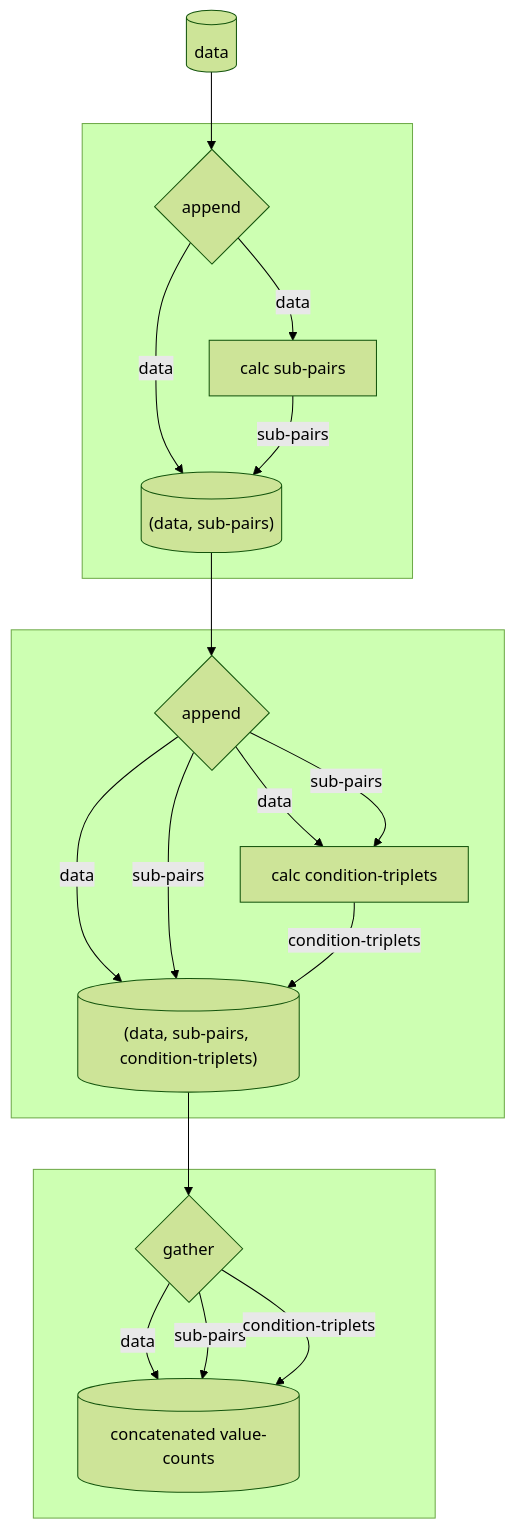
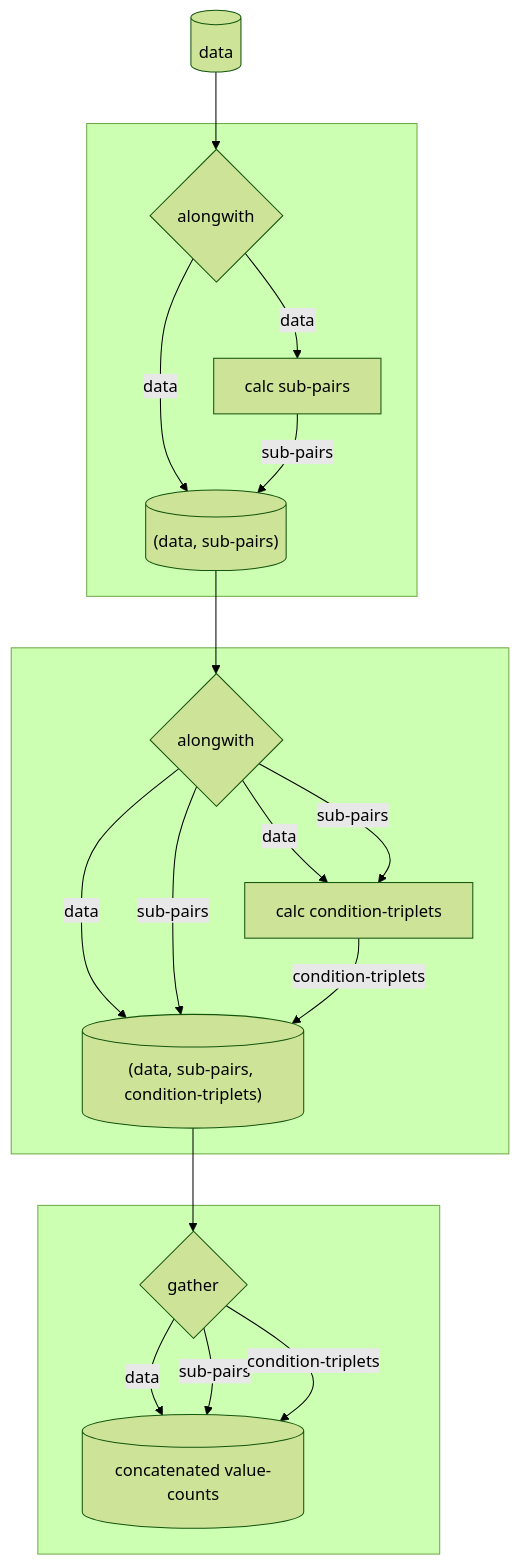
One commit to ejolly/py-utilz changed diagram 11 of 11 in docs/pipes.md. Above: the diagram before and after it, drawn with Mermaid (forest theme). The commit also changed other lines of this file, not shown here.

````diff
--- a/docs/pipes.md
+++ b/docs/pipes.md
@@ -438,21 +445,21 @@
 ```mermaid
 graph TD
-  df[(data)]-->append{append}
+  df[(data)]-->alongwith{alongwith}
   subgraph  
-  append-- data -->df2[("(data, sub-pairs)")]
-  append-- data -->lambda[calc sub-pairs]-- sub-pairs -->df2
+  alongwith-- data -->df2[("(data, sub-pairs)")]
+  alongwith-- data -->lambda[calc sub-pairs]-- sub-pairs -->df2
   end
-  df2 -->append2{append}
+  df2 -->alongwith2{alongwith}
   subgraph  
-  append2-- data -->df3[("(data, sub-pairs, condition-triplets)")]
-  append2-- sub-pairs -->df3
-  append2-- data -->lambda2[calc condition-triplets]-- condition-triplets -->df3
-  append2-- sub-pairs -->lambda2
+  alongwith2-- data -->df3[("(data, sub-pairs, condition-triplets)")]
+  alongwith2-- sub-pairs -->df3
+  alongwith2-- data -->lambda2[calc condition-triplets]-- condition-triplets -->df3
+  alongwith2-- sub-pairs -->lambda2
   end
   df3 --> gather{gather}
   subgraph  
   gather-- data --> aggd[(concatenated value-counts)]
   gather-- sub-pairs -->aggd
   gather-- condition-triplets -->aggd
   end
 ```
````
